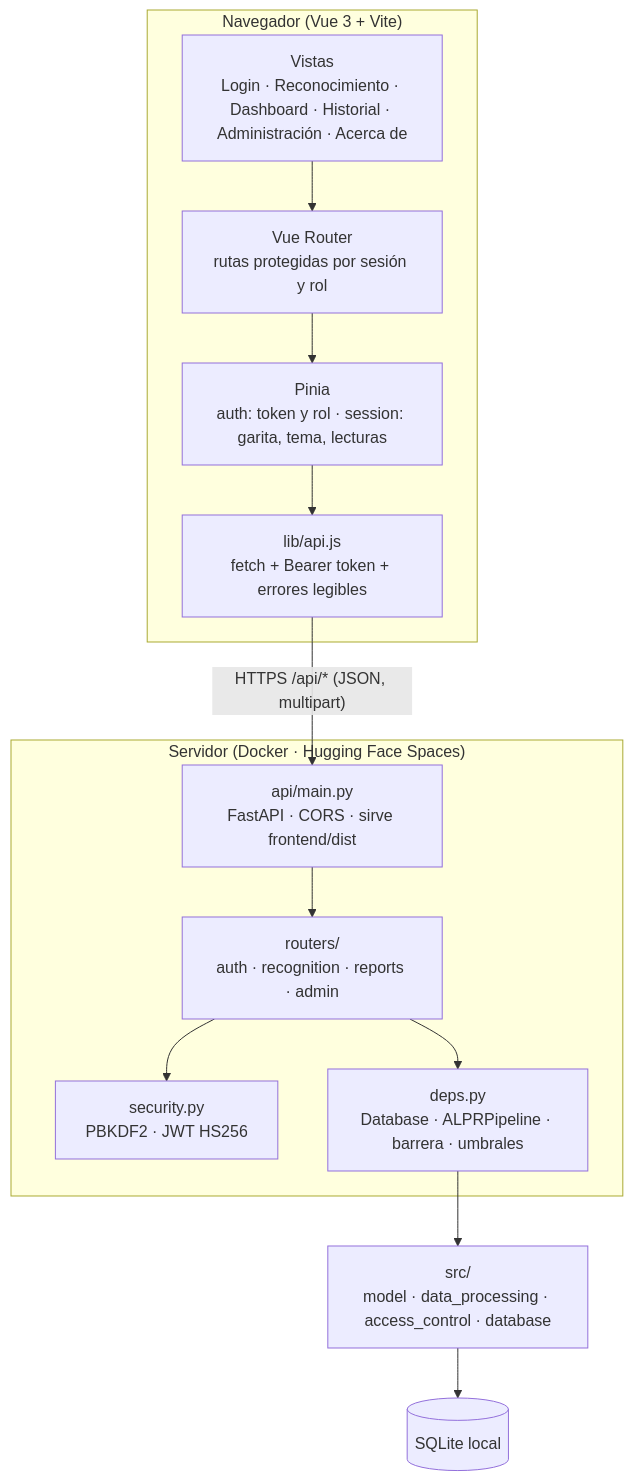
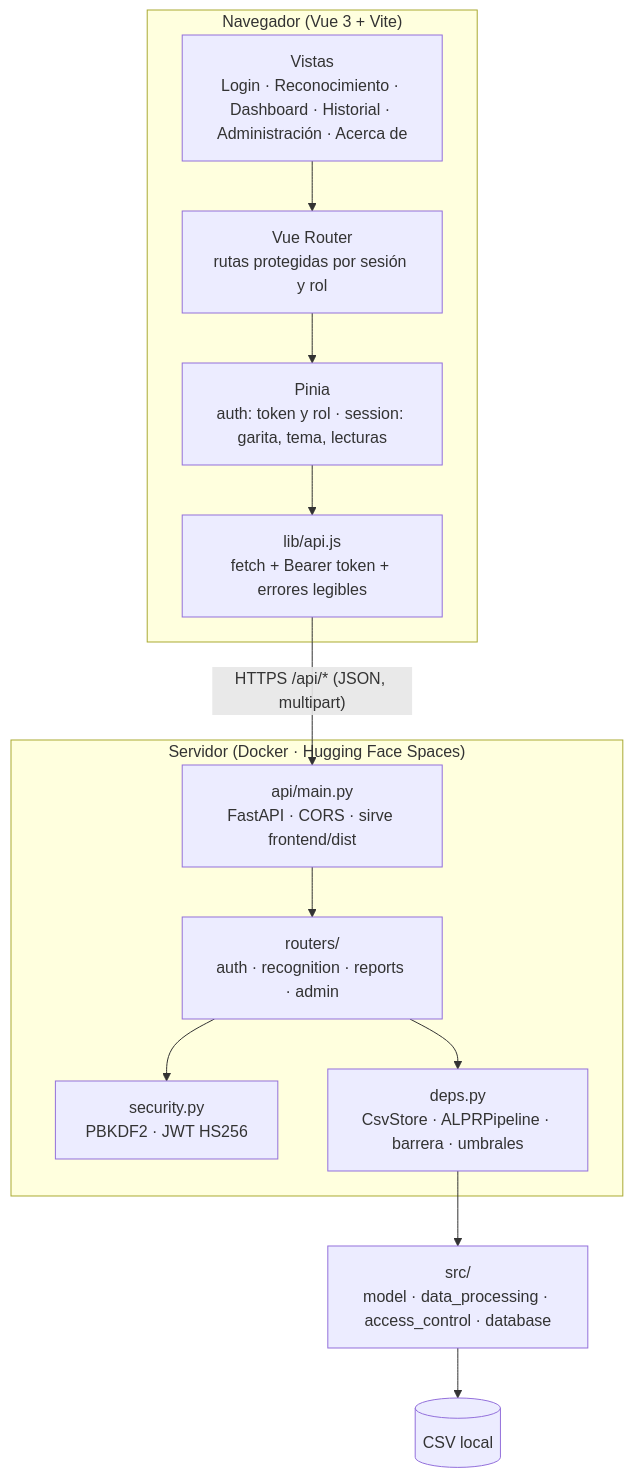
One commit to eduardoceballos666/SIRAP_2 changed the second of 4 diagrams in docs/arquitectura.md. Above: the diagram before and after it, drawn with Mermaid. The commit also changed other lines of this file, not shown here.

Commit message:
Document CSV-based application storage

````diff
--- a/docs/arquitectura.md
+++ b/docs/arquitectura.md
@@ -23,21 +23,21 @@
 ```mermaid
 flowchart TB
     subgraph Navegador["Navegador (Vue 3 + Vite)"]
         V[Vistas<br/>Login · Reconocimiento · Dashboard · Historial · Administración · Acerca de]
         R[Vue Router<br/>rutas protegidas por sesión y rol]
         P[Pinia<br/>auth: token y rol · session: garita, tema, lecturas]
         C[lib/api.js<br/>fetch + Bearer token + errores legibles]
         V --> R --> P --> C
     end
     subgraph Servidor["Servidor (Docker · Hugging Face Spaces)"]
         M[api/main.py<br/>FastAPI · CORS · sirve frontend/dist]
         RT[routers/<br/>auth · recognition · reports · admin]
         S[security.py<br/>PBKDF2 · JWT HS256]
-        D[deps.py<br/>Database · ALPRPipeline · barrera · umbrales]
+        D[deps.py<br/>CsvStore · ALPRPipeline · barrera · umbrales]
         M --> RT --> D
         RT --> S
     end
     C -- "HTTPS /api/* (JSON, multipart)" --> M
     D --> SRC[src/<br/>model · data_processing · access_control · database]
-    SRC --> DB[(SQLite local)]
+    SRC --> DB[(CSV local)]
 ```
````
